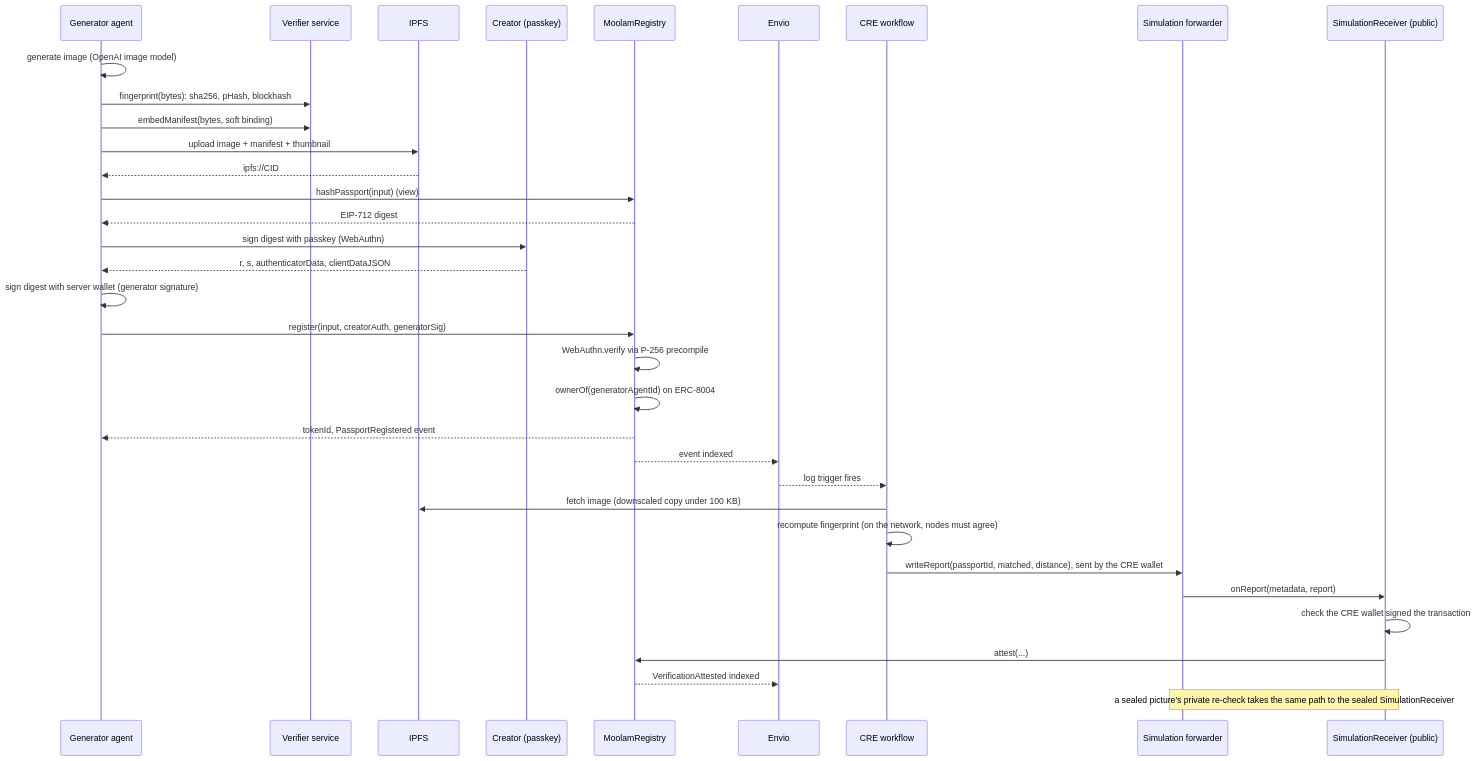
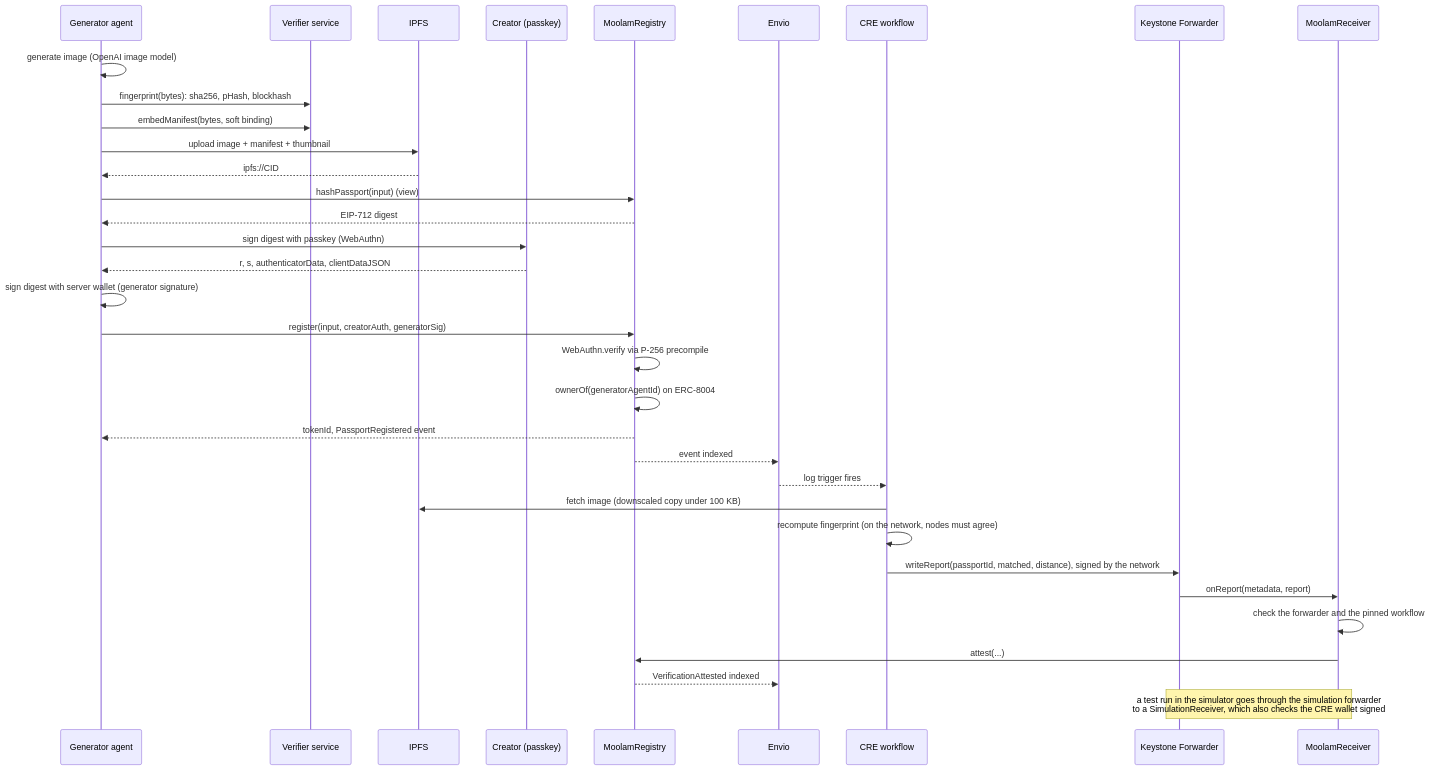
Before and after one commit to ramakrishnanhulk20/Moolam: the fourth of 12 diagrams in docs/developers/architecture.md, drawn with Mermaid. The commit also changed other lines of this file and 31 other files, not shown here.

````diff
--- a/docs/developers/architecture.md
+++ b/docs/developers/architecture.md
@@ -112,37 +136,37 @@
-```mermaid height=948
+```mermaid height=960
 sequenceDiagram
     participant A as Generator agent
     participant S as Verifier service
     participant F as IPFS
     participant C as Creator (passkey)
     participant R as MoolamRegistry
     participant X as Envio
     participant W as CRE workflow
-    participant MF as Simulation forwarder
-    participant RC as SimulationReceiver (public)
+    participant KF as Keystone Forwarder
+    participant MR as MoolamReceiver
 
     A->>A: generate image (OpenAI image model)
     A->>S: fingerprint(bytes): sha256, pHash, blockhash
     A->>S: embedManifest(bytes, soft binding)
     A->>F: upload image + manifest + thumbnail
     F-->>A: ipfs://CID
     A->>R: hashPassport(input) (view)
     R-->>A: EIP-712 digest
     A->>C: sign digest with passkey (WebAuthn)
     C-->>A: r, s, authenticatorData, clientDataJSON
     A->>A: sign digest with server wallet (generator signature)
     A->>R: register(input, creatorAuth, generatorSig)
     R->>R: WebAuthn.verify via P-256 precompile
     R->>R: ownerOf(generatorAgentId) on ERC-8004
     R-->>A: tokenId, PassportRegistered event
     R-->>X: event indexed
     X-->>W: log trigger fires
     W->>F: fetch image (downscaled copy under 100 KB)
     W->>W: recompute fingerprint (on the network, nodes must agree)
-    W->>MF: writeReport(passportId, matched, distance), sent by the CRE wallet
-    MF->>RC: onReport(metadata, report)
-    RC->>RC: check the CRE wallet signed the transaction
-    RC->>R: attest(...)
+    W->>KF: writeReport(passportId, matched, distance), signed by the network
+    KF->>MR: onReport(metadata, report)
+    MR->>MR: check the forwarder and the pinned workflow
+    MR->>R: attest(...)
     R-->>X: VerificationAttested indexed
-    Note over MF,RC: a sealed picture's private re-check takes the same path to the sealed SimulationReceiver
+    Note over KF,MR: a test run in the simulator goes through the simulation forwarder<br/>to a SimulationReceiver, which also checks the CRE wallet signed
 ```
````
